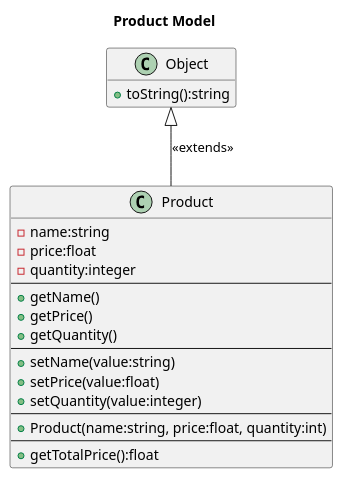
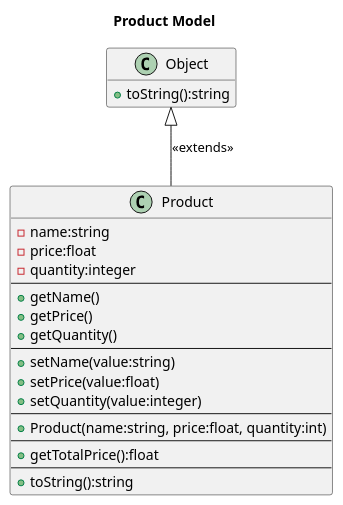
One commit to abcabb/Uygulamalarla-Nesne-Yonelimli-Programlama changed the diagram in Python/productModel.wsd. Above: the diagram before and after it, drawn with PlantUML. The commit also changed 23 other files, not shown here.

```diff
--- a/Python/productModel.wsd
+++ b/Python/productModel.wsd
@@ -1,27 +1,29 @@
 @startuml Class Diagram
 Title Product Model
 class Product{
     -name:string
     -price:float
     -quantity:integer
     --
     +getName()
     +getPrice()
     +getQuantity()
     --
     +setName(value:string)
     +setPrice(value:float)
     +setQuantity(value:integer)
     --
     +Product(name:string, price:float, quantity:int) 
     --
     +getTotalPrice():float
+    --
+    +toString():string
 }
 
 class Object{
     +toString():string
 }
 
 Product -up-|> Object: "<<extends>>"
 hide empty members
 @enduml
```
